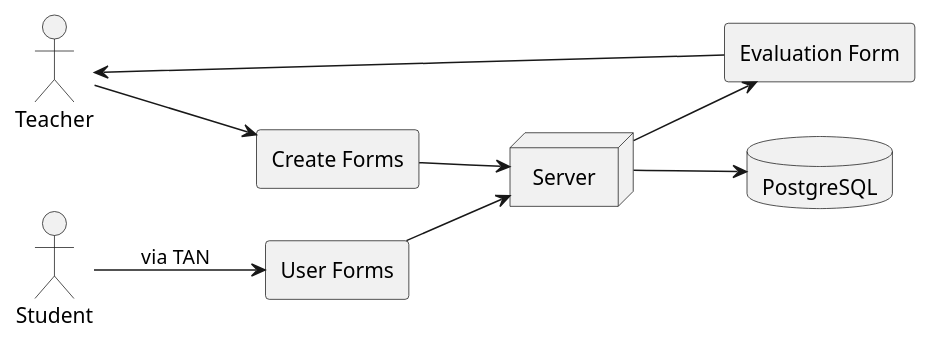
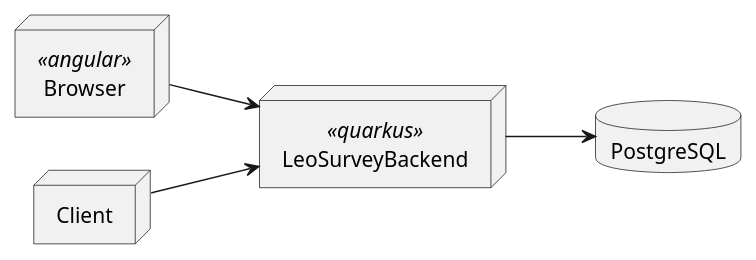
The diagram in Docs/system-specification-leosurvey/asciidocs/plantuml/sysarchitecture.puml (htl-leonding-project/leo-survey), drawn with PlantUML before and after one commit. The commit also changed 1 other file, not shown here.

Commit message:
TF, 14.12.2020, updated sysarchitecture.puml #3

```diff
--- a/Docs/system-specification-leosurvey/asciidocs/plantuml/sysarchitecture.puml
+++ b/Docs/system-specification-leosurvey/asciidocs/plantuml/sysarchitecture.puml
@@ -1,18 +1,11 @@
 @startuml
 left to right direction
-actor "Teacher" as t
-actor "Student" as s
-rectangle "Create Forms" as C
-rectangle "User Forms" as U
-rectangle "Evaluation Form" as E
-node Server as S
+node Browser <<angular>> as B
+node Client as C
+node LeoSurveyBackend <<quarkus>> as LB
 database PostgreSQL as D
 
-t --> C
-s --> U : "via TAN"
-U --> S
-S --> E
-E --> t
-C --> S
-S --> D
+B --> LB
+C --> LB
+LB --> D
 @enduml
```
